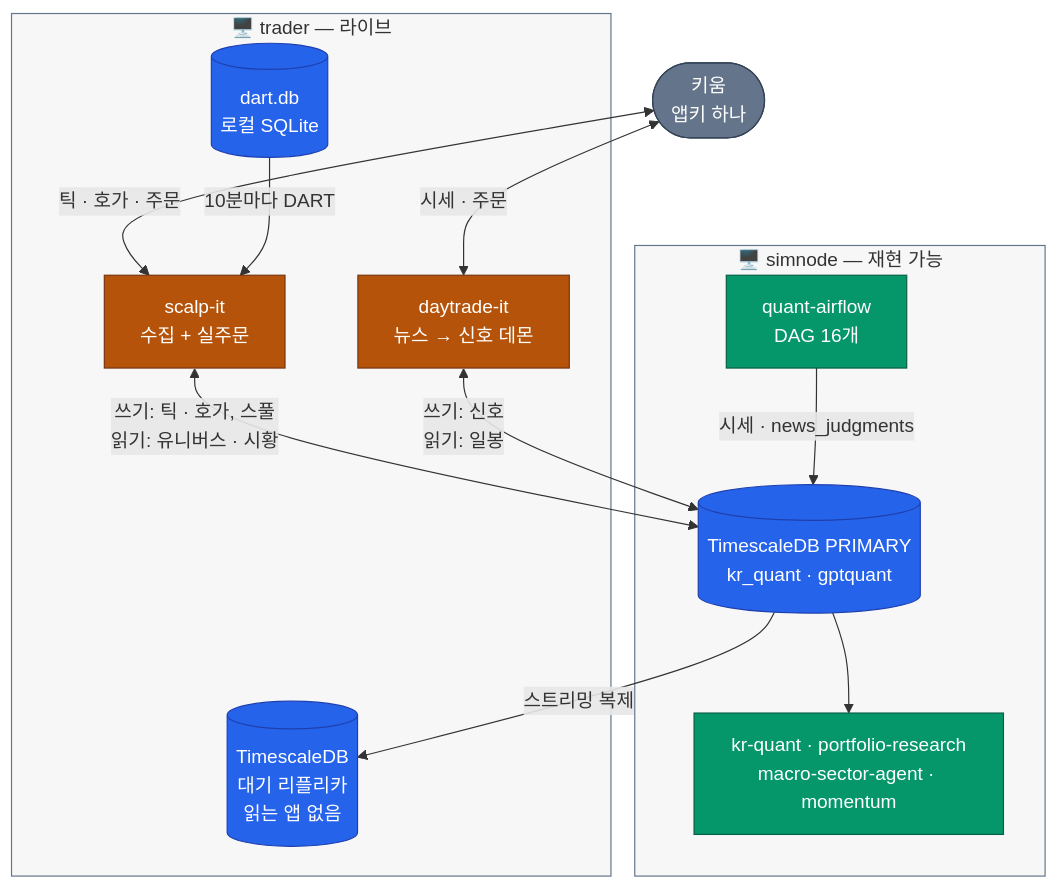
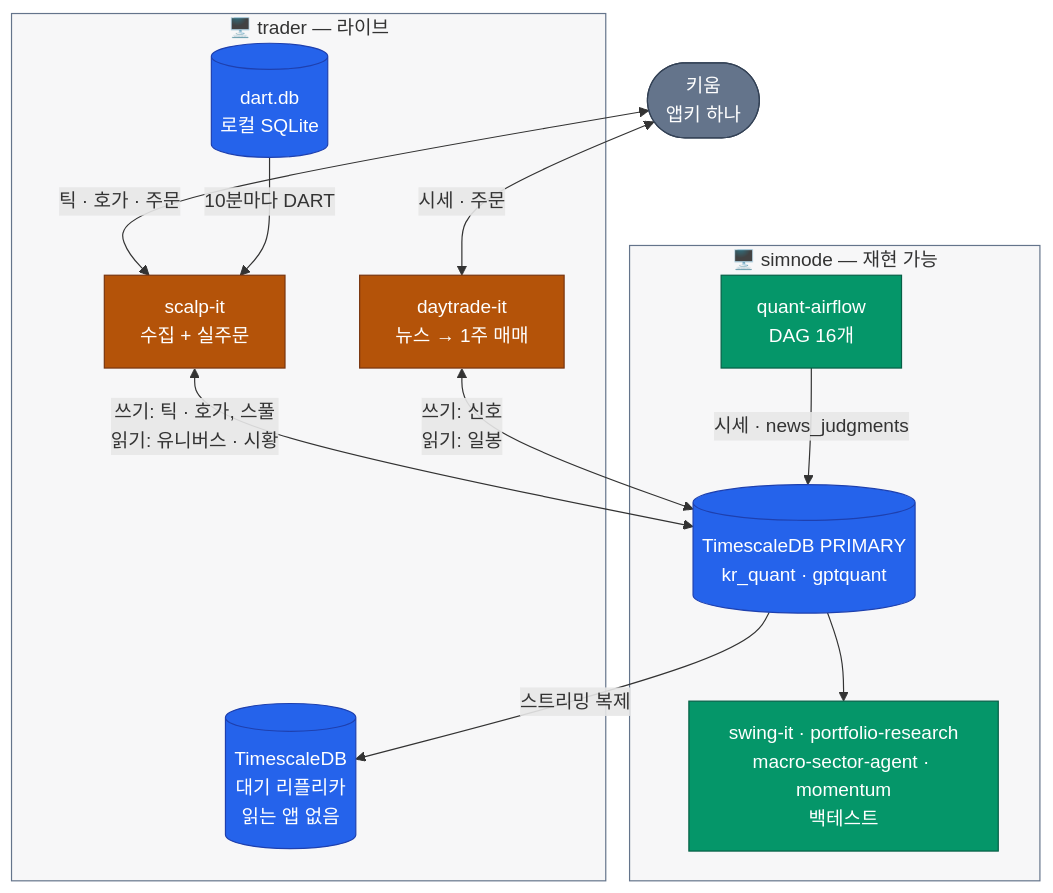
Before and after one commit to younghwan91/younghwan91: the second of 3 diagrams in README.ko.md, drawn with Mermaid. The commit also changed other lines of this file and 1 other file, not shown here.

First line of the commit message:
docs(readme): kr-quant → swing-it 개명, daytrade-it 무인 실주문 전환 반영

````diff
--- a/README.ko.md
+++ b/README.ko.md
@@ -103,39 +103,39 @@
 ```mermaid
 flowchart TB
     KW(["키움<br/>앱키 하나"])
 
     subgraph T ["🖥️ trader — 라이브"]
         SC["scalp-it<br/>수집 + 실주문"]
-        DT["daytrade-it<br/>뉴스 → 신호 데몬"]
+        DT["daytrade-it<br/>뉴스 → 1주 매매"]
         DD[("dart.db<br/>로컬 SQLite")]
         RP[("TimescaleDB<br/>대기 리플리카<br/>읽는 앱 없음")]
     end
 
     subgraph S ["🖥️ simnode — 재현 가능"]
         AF["quant-airflow<br/>DAG 16개"]
         PR[("TimescaleDB PRIMARY<br/>kr_quant · gptquant")]
-        RS["kr-quant · portfolio-research<br/>macro-sector-agent · momentum"]
+        RS["swing-it · portfolio-research<br/>macro-sector-agent · momentum<br/>백테스트"]
     end
 
     KW <-->|"틱 · 호가 · 주문"| SC
     KW <-->|"시세 · 주문"| DT
     DD -->|"10분마다 DART"| SC
     SC <-->|"쓰기: 틱 · 호가, 스풀<br/>읽기: 유니버스 · 시황"| PR
     DT <-->|"쓰기: 신호<br/>읽기: 일봉"| PR
     AF -->|"시세 · news_judgments"| PR
     PR -->|"스트리밍 복제"| RP
     PR --> RS
 
     classDef live fill:#B45309,stroke:#78350F,color:#FFFFFF
     classDef repro fill:#059669,stroke:#065F46,color:#FFFFFF
     classDef store fill:#2563EB,stroke:#1E40AF,color:#FFFFFF
     classDef ext fill:#64748B,stroke:#334155,color:#FFFFFF
 
     class SC,DT live
     class AF,RS repro
     class RP,PR,DD store
     class KW ext
 
     style T fill:#0F172A08,stroke:#64748B
     style S fill:#0F172A08,stroke:#64748B
 ```
````
